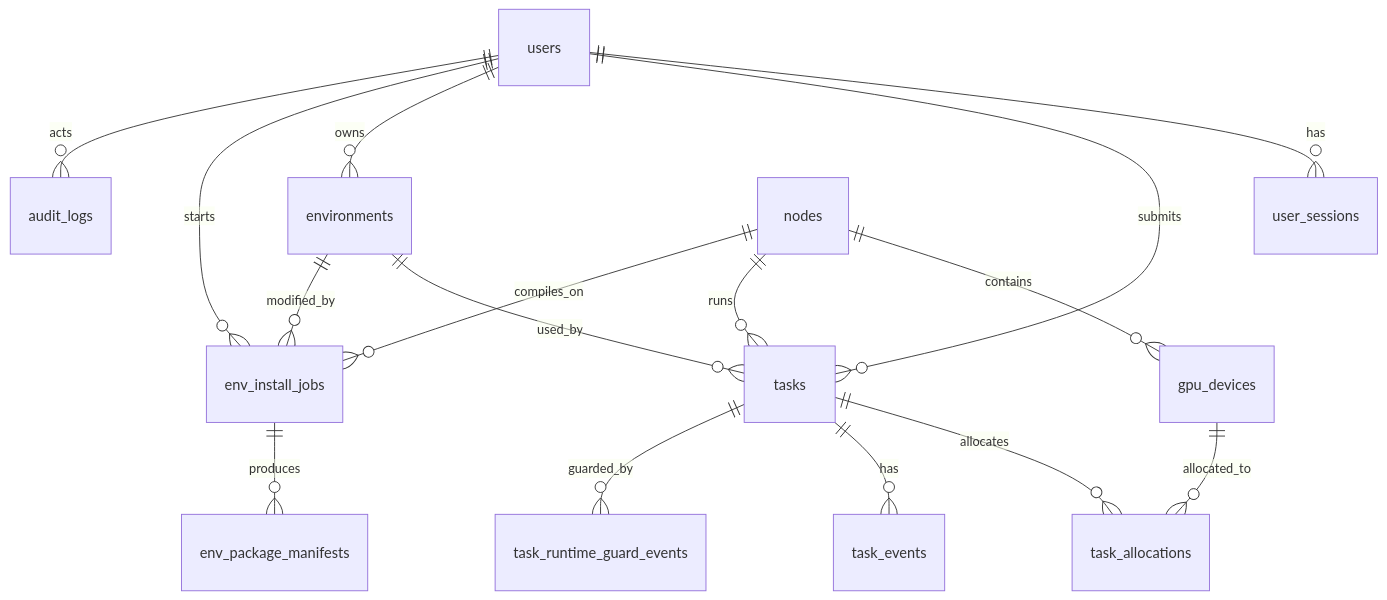
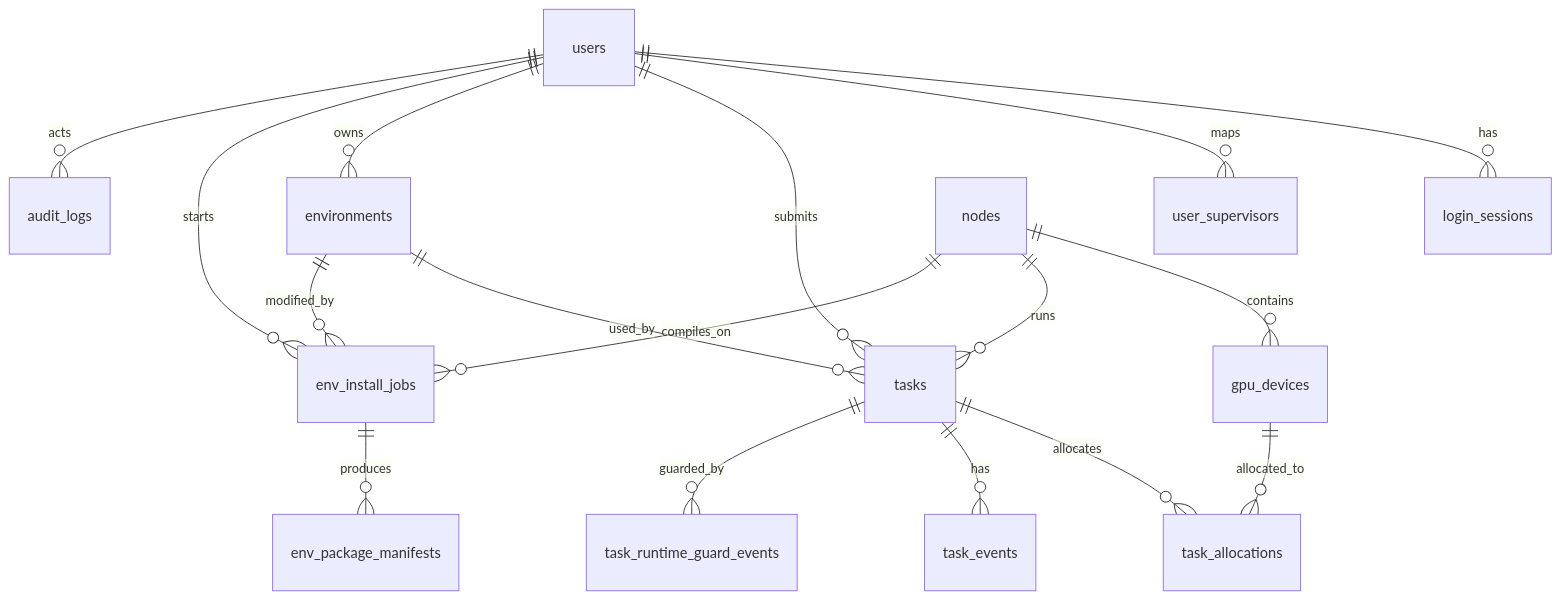
One commit to ZnsNgk/NebulaGrid changed the second of 5 diagrams in docs/NebulaGrid_Tianshu_3.0_System Architecture Design.md. Above: the diagram before and after it, drawn with Mermaid. The commit also changed other lines of this file and 12 other files, not shown here.

````diff
--- a/docs/NebulaGrid_Tianshu_3.0_System Architecture Design.md
+++ b/docs/NebulaGrid_Tianshu_3.0_System Architecture Design.md
@@ -282,21 +282,22 @@
 ```mermaid
 erDiagram
-    users ||--o{ user_sessions : has
+    users ||--o{ login_sessions : has
+    users ||--o{ user_supervisors : maps
     users ||--o{ tasks : submits
     users ||--o{ environments : owns
     users ||--o{ env_install_jobs : starts
     users ||--o{ audit_logs : acts
 
     nodes ||--o{ gpu_devices : contains
     nodes ||--o{ tasks : runs
     nodes ||--o{ env_install_jobs : compiles_on
 
     tasks ||--o{ task_allocations : allocates
     tasks ||--o{ task_events : has
     tasks ||--o{ task_runtime_guard_events : guarded_by
     gpu_devices ||--o{ task_allocations : allocated_to
 
     environments ||--o{ tasks : used_by
     environments ||--o{ env_install_jobs : modified_by
     env_install_jobs ||--o{ env_package_manifests : produces
 ```
````
